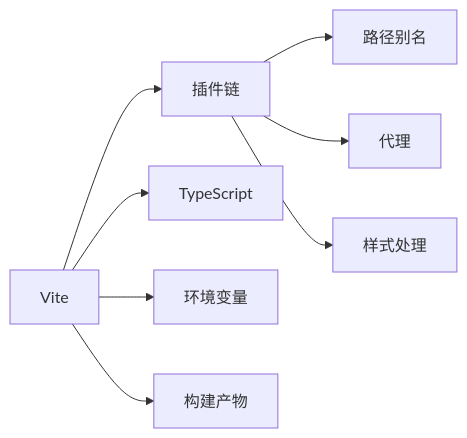
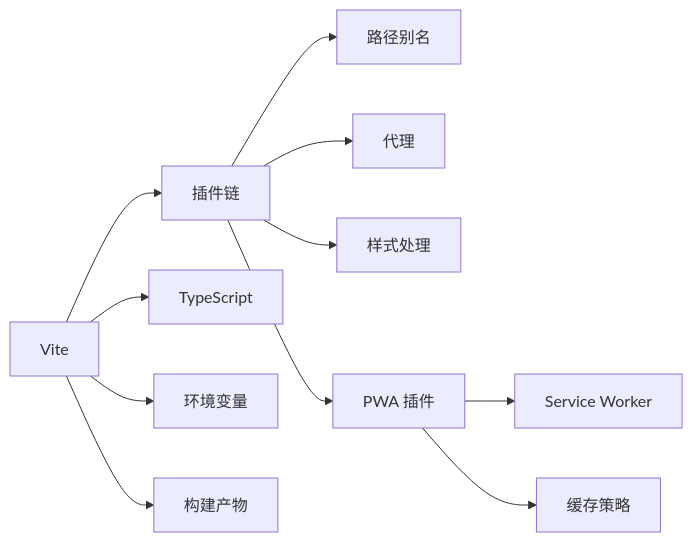
Before and after one commit to xufuyu/Lumen: the seventh of 7 diagrams in .qoder/repowiki/zh/content/系统架构/前端架构设计/构建配置优化.md, drawn with Mermaid. The commit also changed other lines of this file and 36 other files, not shown here.

````diff
--- a/.qoder/repowiki/zh/content/系统架构/前端架构设计/构建配置优化.md
+++ b/.qoder/repowiki/zh/content/系统架构/前端架构设计/构建配置优化.md
@@ -267,10 +358,13 @@
 ```mermaid
 graph LR
 Vite["Vite"] --> Plugins["插件链"]
 Vite --> TS["TypeScript"]
 Plugins --> Alias["路径别名"]
 Plugins --> Proxy["代理"]
 Plugins --> Style["样式处理"]
+Plugins --> PWA["PWA 插件"]
 Vite --> Env["环境变量"]
 Vite --> Output["构建产物"]
+PWA --> SW["Service Worker"]
+PWA --> Cache["缓存策略"]
 ```
````
